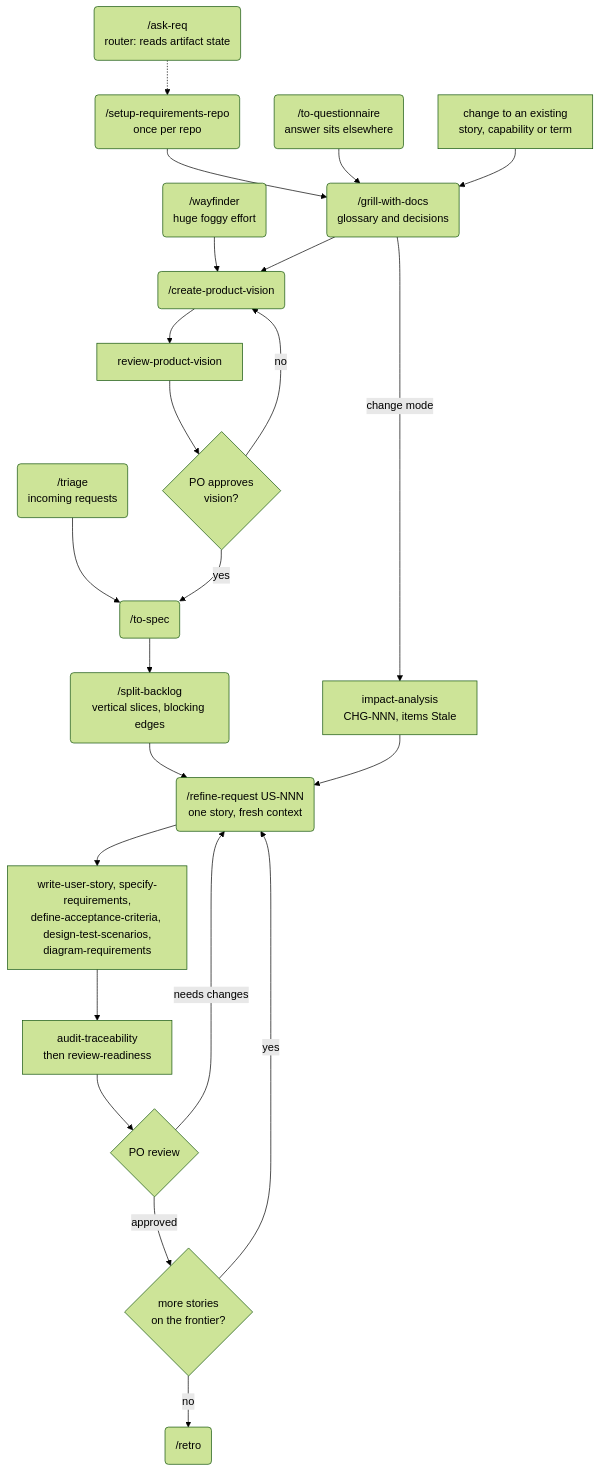
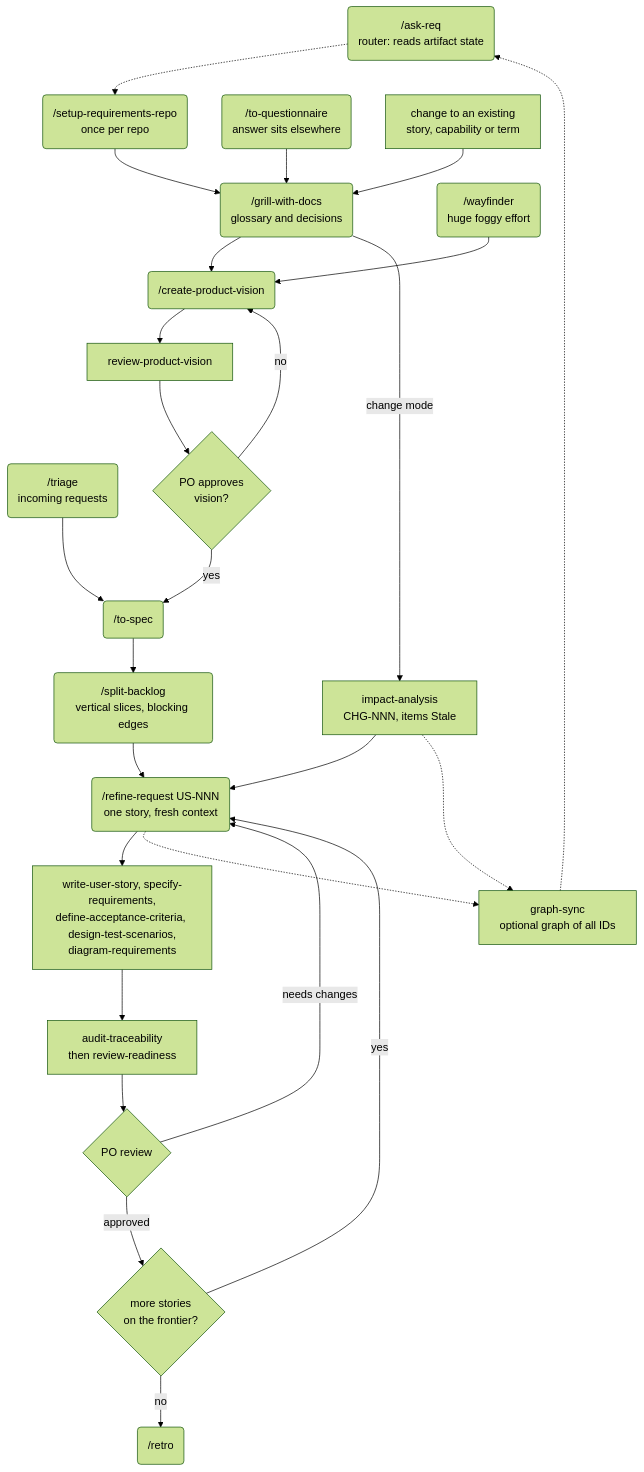
Before and after one commit to gugaucb/requirements-skills: the diagram in README.md, drawn with Mermaid (forest theme). The commit also changed other lines of this file and 38 other files, not shown here.

````diff
--- a/README.md
+++ b/README.md
@@ -78,25 +28,28 @@
 ```mermaid
 flowchart TD
   ASK("/ask-req<br/>router: reads artifact state") -.-> SETUP
   SETUP("/setup-requirements-repo<br/>once per repo") --> GRILL
   TRIAGE("/triage<br/>incoming requests") --> SPEC
   WAY("/wayfinder<br/>huge foggy effort") --> VISION
   QUEST("/to-questionnaire<br/>answer sits elsewhere") --> GRILL
   GRILL("/grill-with-docs<br/>glossary and decisions") --> VISION("/create-product-vision")
   VISION --> RVIS["review-product-vision"]
   RVIS --> PO1{"PO approves<br/>vision?"}
   PO1 -- "no" --> VISION
   PO1 -- "yes" --> SPEC("/to-spec")
   SPEC --> SLICE("/split-backlog<br/>vertical slices, blocking edges")
   SLICE --> REFINE("/refine-request US-NNN<br/>one story, fresh context")
   REFINE --> BUILD["write-user-story, specify-requirements,<br/>define-acceptance-criteria, design-test-scenarios,<br/>diagram-requirements"]
   BUILD --> AUDIT["audit-traceability<br/>then review-readiness"]
   AUDIT --> PO2{"PO review"}
   PO2 -- "needs changes" --> REFINE
   PO2 -- "approved" --> MORE{"more stories<br/>on the frontier?"}
   MORE -- "yes" --> REFINE
   MORE -- "no" --> RETRO("/retro")
   CHANGE["change to an existing<br/>story, capability or term"] --> GRILL
   GRILL -- "change mode" --> IMPACT["impact-analysis<br/>CHG-NNN, items Stale"]
   IMPACT --> REFINE
+  IMPACT -.-> GS["graph-sync<br/>optional graph of all IDs"]
+  REFINE -.-> GS
+  GS -.-> ASK
 ```
````
